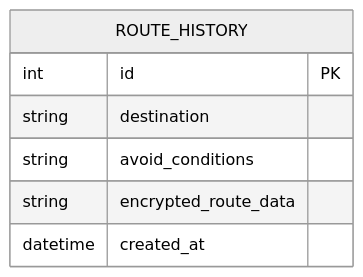
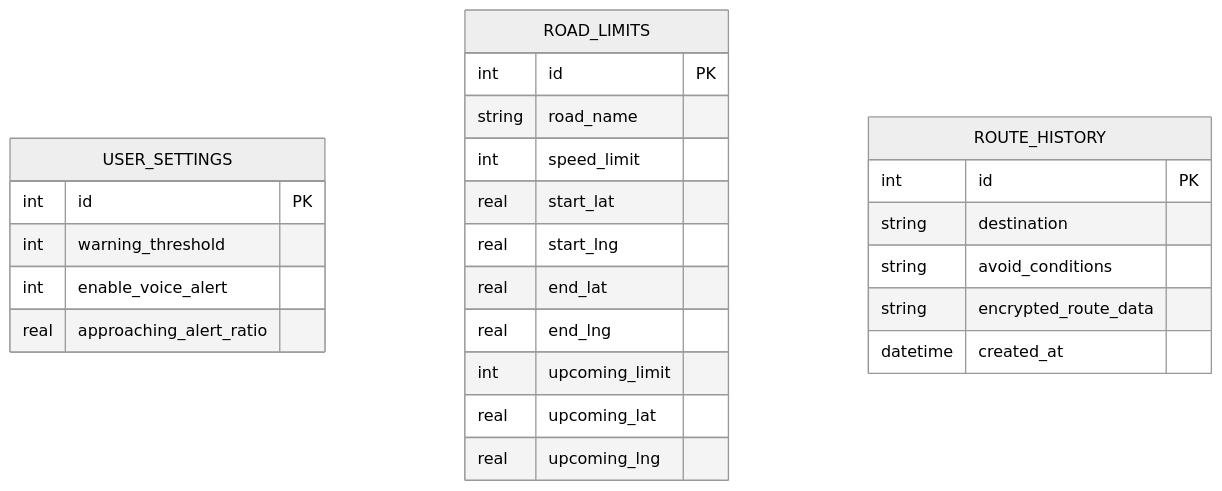
The diagram in docs/DB_DESIGN.md (tela1111222-spec/googlemaps), drawn with Mermaid (neutral theme) before and after one commit. The commit also changed other lines of this file and 3 other files, not shown here.

Commit message:
feat: add database schema and models

````diff
--- a/docs/DB_DESIGN.md
+++ b/docs/DB_DESIGN.md
@@ -7,10 +14,30 @@
 ```mermaid
 erDiagram
+    USER_SETTINGS {
+        int id PK
+        int warning_threshold
+        int enable_voice_alert
+        real approaching_alert_ratio
+    }
+
+    ROAD_LIMITS {
+        int id PK
+        string road_name
+        int speed_limit
+        real start_lat
+        real start_lng
+        real end_lat
+        real end_lng
+        int upcoming_limit
+        real upcoming_lat
+        real upcoming_lng
+    }
+
     ROUTE_HISTORY {
         int id PK
         string destination
         string avoid_conditions
         string encrypted_route_data
         datetime created_at
     }
 ```
````
